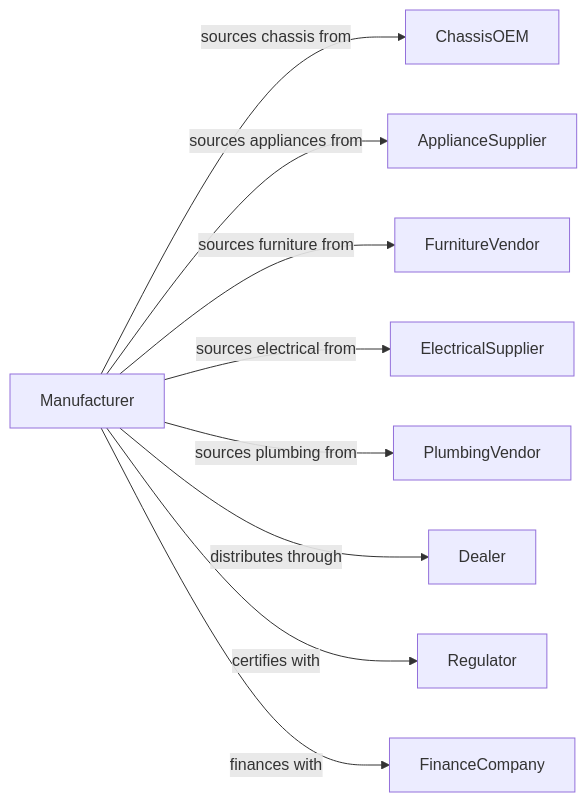
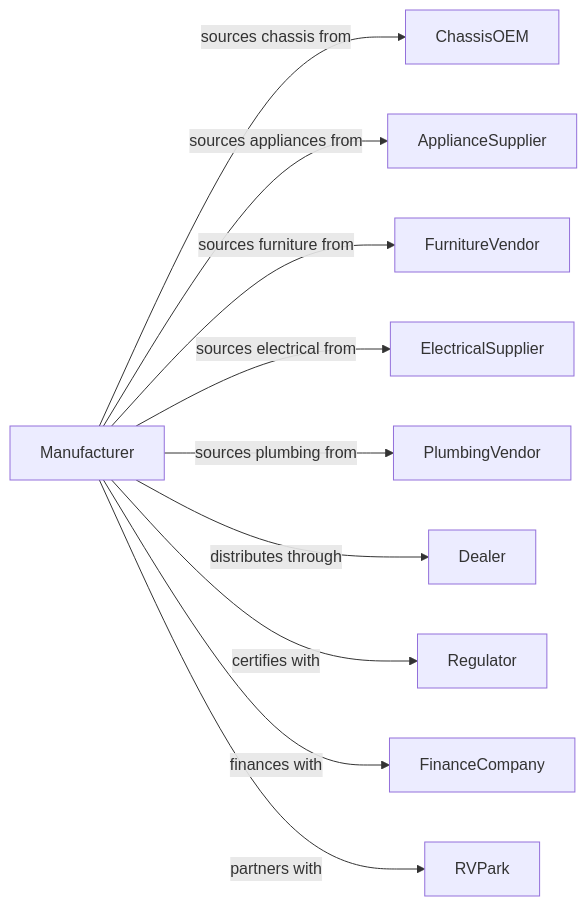
Before and after one commit to dot-org-ai/industries.org.ai: the second of 2 diagrams in Manufacturing/TransportationEquipmentManufacturing/MotorVehicleBodyAndTrailerManufacturing/MotorHomeManufacturing.mdx, drawn with Mermaid. The commit also changed other lines of this file and 588 other files, not shown here.

````diff
--- a/Manufacturing/TransportationEquipmentManufacturing/MotorVehicleBodyAndTrailerManufacturing/MotorHomeManufacturing.mdx
+++ b/Manufacturing/TransportationEquipmentManufacturing/MotorVehicleBodyAndTrailerManufacturing/MotorHomeManufacturing.mdx
@@ -129,13 +129,14 @@
 ```mermaid
 graph LR
     M[Manufacturer]
 
     M -->|sources chassis from| ChassisOEM
     M -->|sources appliances from| ApplianceSupplier
     M -->|sources furniture from| FurnitureVendor
     M -->|sources electrical from| ElectricalSupplier
     M -->|sources plumbing from| PlumbingVendor
     M -->|distributes through| Dealer
     M -->|certifies with| Regulator
     M -->|finances with| FinanceCompany
+    M -->|partners with| RVPark
 ```
````
